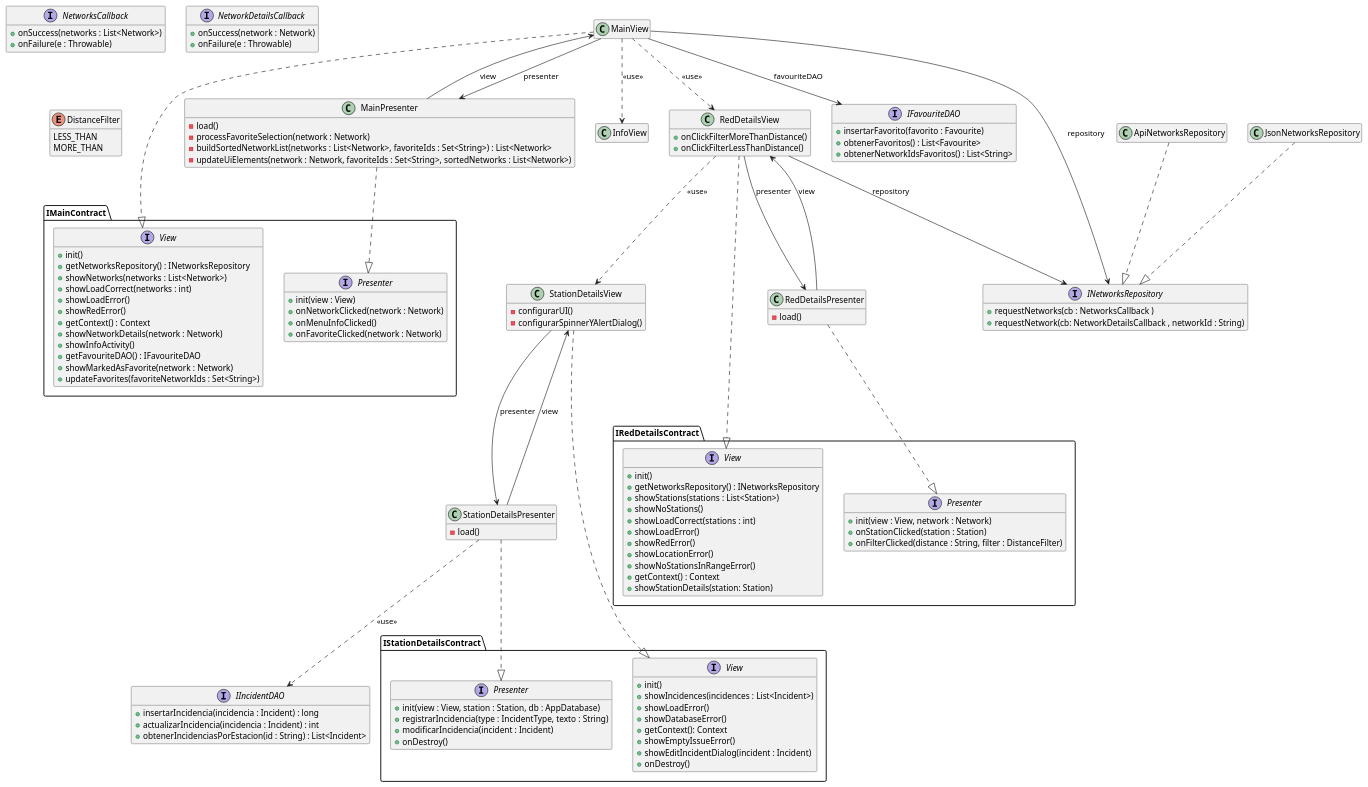
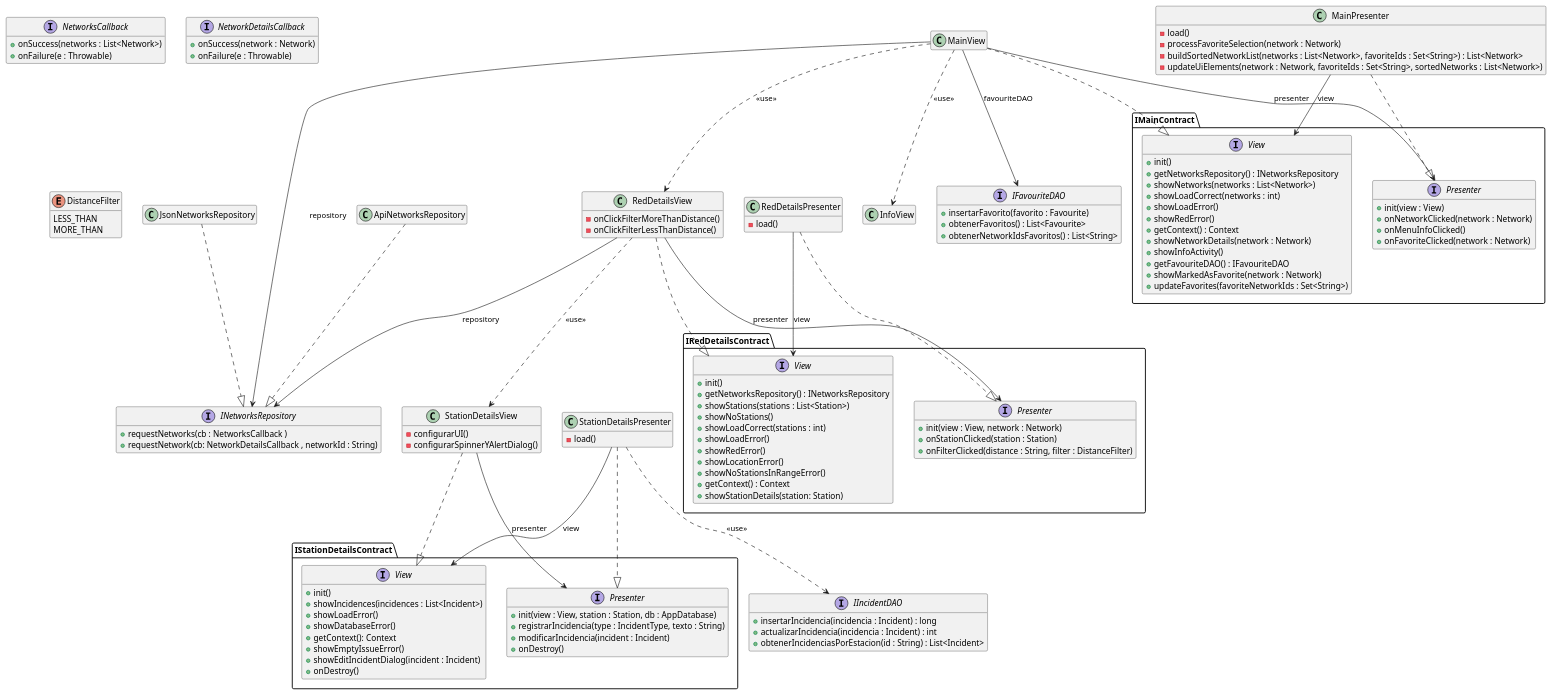
One commit to isunican/App-Bicis-Grupo1 changed the diagram in Docs/Models/architecture.puml. Above: the diagram before and after it, drawn with PlantUML. The commit also changed 17 other files, not shown here.

```diff
--- a/Docs/Models/architecture.puml
+++ b/Docs/Models/architecture.puml
@@ -1,155 +1,155 @@
 @startuml architecture
 
 hide empty members
 
 MainView ..|> IMainContract.View
 MainPresenter ..|> IMainContract.Presenter
 MainView --> INetworksRepository : repository
 ApiNetworksRepository ..|> INetworksRepository
 JsonNetworksRepository ..|> INetworksRepository
-MainView --> MainPresenter : presenter
-MainPresenter --> MainView : view
+MainView --> IMainContract.Presenter : presenter
+MainPresenter --> IMainContract.View : view
 MainView ..> InfoView : <<use>>
 MainView ..> RedDetailsView : <<use>>
 RedDetailsView ..> StationDetailsView : <<use>>
 
 RedDetailsView ..|> IRedDetailsContract.View
 RedDetailsPresenter ..|> IRedDetailsContract.Presenter
 RedDetailsView --> INetworksRepository : repository
-RedDetailsView --> RedDetailsPresenter : presenter
-RedDetailsPresenter --> RedDetailsView : view
+RedDetailsView --> IRedDetailsContract.Presenter : presenter
+RedDetailsPresenter --> IRedDetailsContract.View : view
 MainView --> IFavouriteDAO : favouriteDAO
 
 StationDetailsView ..|> IStationDetailsContract.View
 StationDetailsPresenter ..|> IStationDetailsContract.Presenter
-StationDetailsView --> StationDetailsPresenter : presenter
-StationDetailsPresenter --> StationDetailsView : view
+StationDetailsView --> IStationDetailsContract.Presenter : presenter
+StationDetailsPresenter --> IStationDetailsContract.View : view
 StationDetailsPresenter ..> IIncidentDAO : <<use>>
 
 
 class MainView {
 }
 
 class MainPresenter {
     -load()
     - processFavoriteSelection(network : Network)
     - buildSortedNetworkList(networks : List<Network>, favoriteIds : Set<String>) : List<Network>
     - updateUiElements(network : Network, favoriteIds : Set<String>, sortedNetworks : List<Network>)
 }
 
 class InfoView
 
 class StationDetailsView{
     - configurarUI()
     - configurarSpinnerYAlertDialog()
 }
 
 class StationDetailsPresenter {
     -load()
 }
 
 
 class RedDetailsView {
-    +onClickFilterMoreThanDistance()
-    +onClickFilterLessThanDistance()
+    -onClickFilterMoreThanDistance()
+    -onClickFilterLessThanDistance()
 }
 class RedDetailsPresenter {
     -load()
 }
 
 class ApiNetworksRepository
 class JsonNetworksRepository
 
 interface IFavouriteDAO {
     + insertarFavorito(favorito : Favourite)
     + obtenerFavoritos() : List<Favourite>
     + obtenerNetworkIdsFavoritos() : List<String>
 }
 
 interface IMainContract.View {
     + init()
     + getNetworksRepository() : INetworksRepository
     + showNetworks(networks : List<Network>)
     + showLoadCorrect(networks : int)
     + showLoadError()
     + showRedError()
     + getContext() : Context
     + showNetworkDetails(network : Network)
     + showInfoActivity()
     + getFavouriteDAO() : IFavouriteDAO
     + showMarkedAsFavorite(network : Network)
     + updateFavorites(favoriteNetworkIds : Set<String>)
 }
 
 interface IMainContract.Presenter {
     + init(view : View)
     + onNetworkClicked(network : Network)
     + onMenuInfoClicked()
     + onFavoriteClicked(network : Network)
 }
 
 interface IRedDetailsContract.View {
     + init()
     + getNetworksRepository() : INetworksRepository
     + showStations(stations : List<Station>)
     + showNoStations()
     + showLoadCorrect(stations : int)
     + showLoadError()
     + showRedError()
     + showLocationError()
     + showNoStationsInRangeError()
     + getContext() : Context
     + showStationDetails(station: Station)
 }
 
 interface IRedDetailsContract.Presenter {
     + init(view : View, network : Network)
     + onStationClicked(station : Station)
     + onFilterClicked(distance : String, filter : DistanceFilter)
 }
 
 interface INetworksRepository {
     + requestNetworks(cb : NetworksCallback )
     + requestNetwork(cb: NetworkDetailsCallback , networkId : String)
 }
 
 interface NetworksCallback {
     + onSuccess(networks : List<Network>)
     + onFailure(e : Throwable)
 }
 
 interface NetworkDetailsCallback {
     + onSuccess(network : Network)
     + onFailure(e : Throwable)
 }
 
 enum DistanceFilter {
     LESS_THAN
     MORE_THAN
 }
 
 interface IStationDetailsContract.Presenter {
     + init(view : View, station : Station, db : AppDatabase)
     + registrarIncidencia(type : IncidentType, texto : String)
     + modificarIncidencia(incident : Incident)
     + onDestroy()
 }
 
 interface IStationDetailsContract.View {
     + init()
     + showIncidences(incidences : List<Incident>)
     + showLoadError()
     + showDatabaseError()
     + getContext(): Context
     + showEmptyIssueError()
     + showEditIncidentDialog(incident : Incident)
     + onDestroy()
 }
 
 interface IIncidentDAO {
     + insertarIncidencia(incidencia : Incident) : long
     + actualizarIncidencia(incidencia : Incident) : int
     + obtenerIncidenciasPorEstacion(id : String) : List<Incident>
 }
 
 @enduml
```
